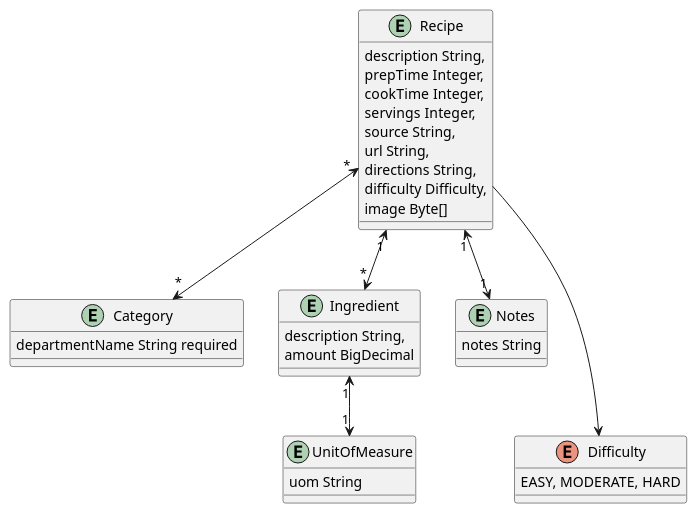
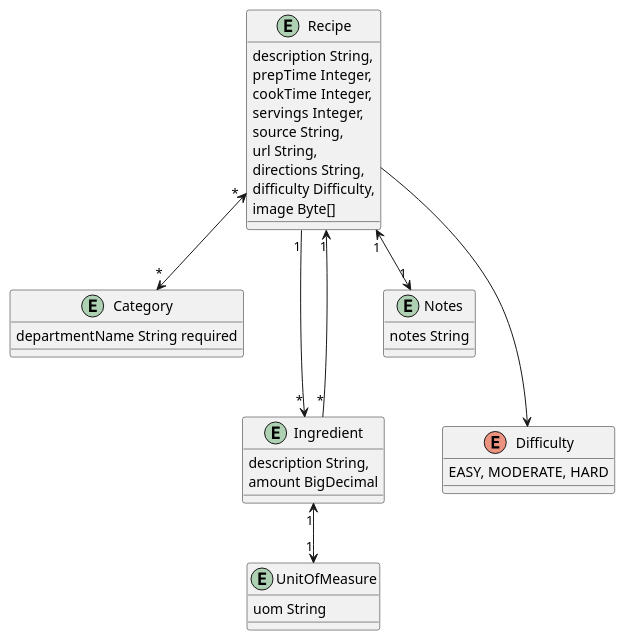
Before and after one commit to zackrosfjord/recipes: the diagram in map.puml, drawn with PlantUML. The commit also changed 2 other files, not shown here.

```diff
--- a/map.puml
+++ b/map.puml
@@ -1,36 +1,37 @@
 @startuml
 entity Recipe {
     description String,
     prepTime Integer,
     cookTime Integer,
     servings Integer,
     source String,
     url String,
     directions String,
     difficulty Difficulty,
     image Byte[]
 }
 
 entity Category {
   departmentName String required
 }
 entity Ingredient {
   description String,
   amount BigDecimal
 }
 entity UnitOfMeasure {
   uom String
 }
 entity Notes {
   notes String
 }
 enum Difficulty {
   EASY, MODERATE, HARD
 }
 
 Recipe "1" <--> "1" Notes
-Recipe "1" <--> "*" Ingredient
+Recipe "1" ---> "*" Ingredient
+Ingredient "*" ---> "1" Recipe
 Recipe "*" <--> "*" Category
 Recipe ---> Difficulty
 Ingredient "1" <--> "1" UnitOfMeasure
 @enduml
```
